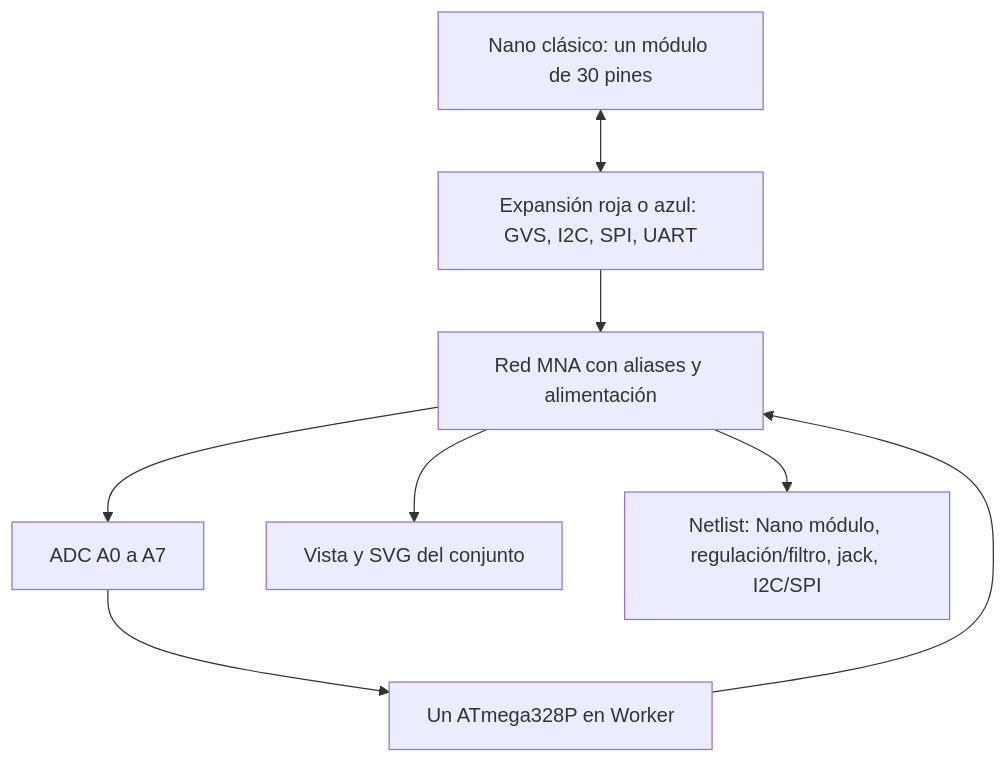
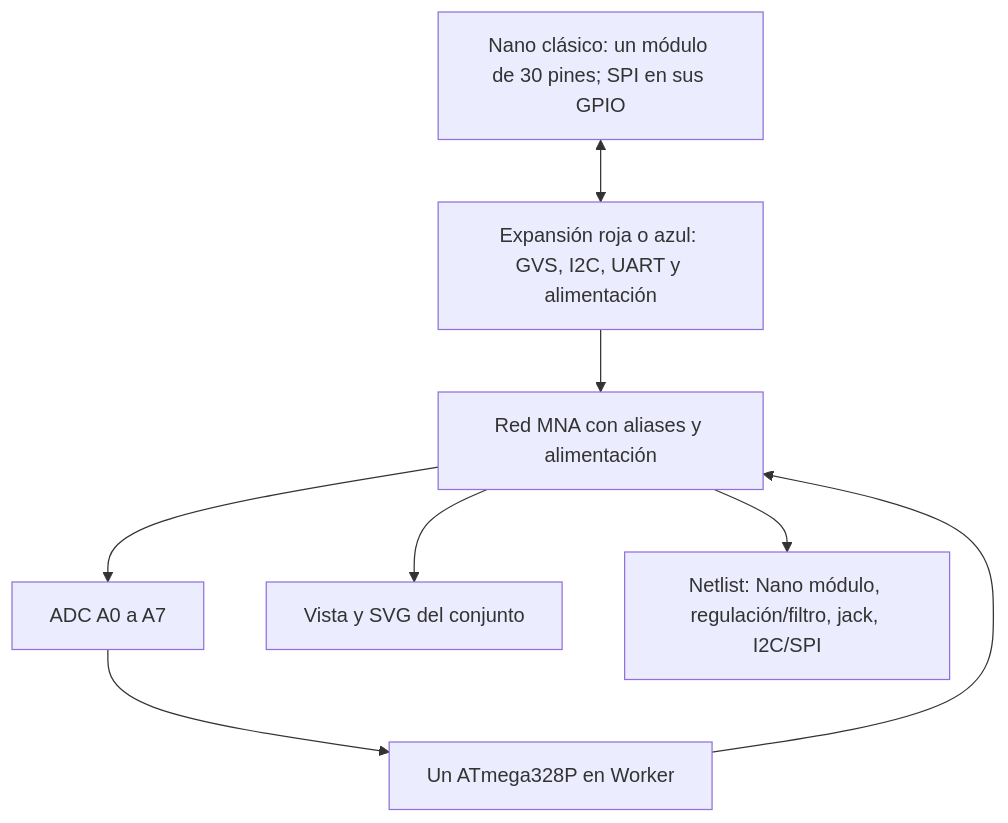
One commit to EMariotte/TecnoCircuito changed the diagram in prototipo/COMO-FUNCIONA.md. Above: the diagram before and after it, drawn with Mermaid. The commit also changed other lines of this file and 20 other files, not shown here.

````diff
--- a/prototipo/COMO-FUNCIONA.md
+++ b/prototipo/COMO-FUNCIONA.md
@@ -1427,10 +1427,10 @@
 ```mermaid
 flowchart TB
-  MOD[Nano clásico: un módulo de 30 pines] <--> EXP[Expansión roja o azul: GVS, I2C, SPI, UART]
+  MOD[Nano clásico: un módulo de 30 pines; SPI en sus GPIO] <--> EXP[Expansión roja o azul: GVS, I2C, UART y alimentación]
   EXP --> MNA[Red MNA con aliases y alimentación]
   MNA --> ADC[ADC A0 a A7]
   ADC --> AVR[Un ATmega328P en Worker]
   AVR --> MNA
   MNA --> SVG[Vista y SVG del conjunto]
   MNA --> KICAD[Netlist: Nano módulo, regulación/filtro, jack, I2C/SPI]
 ```
````
